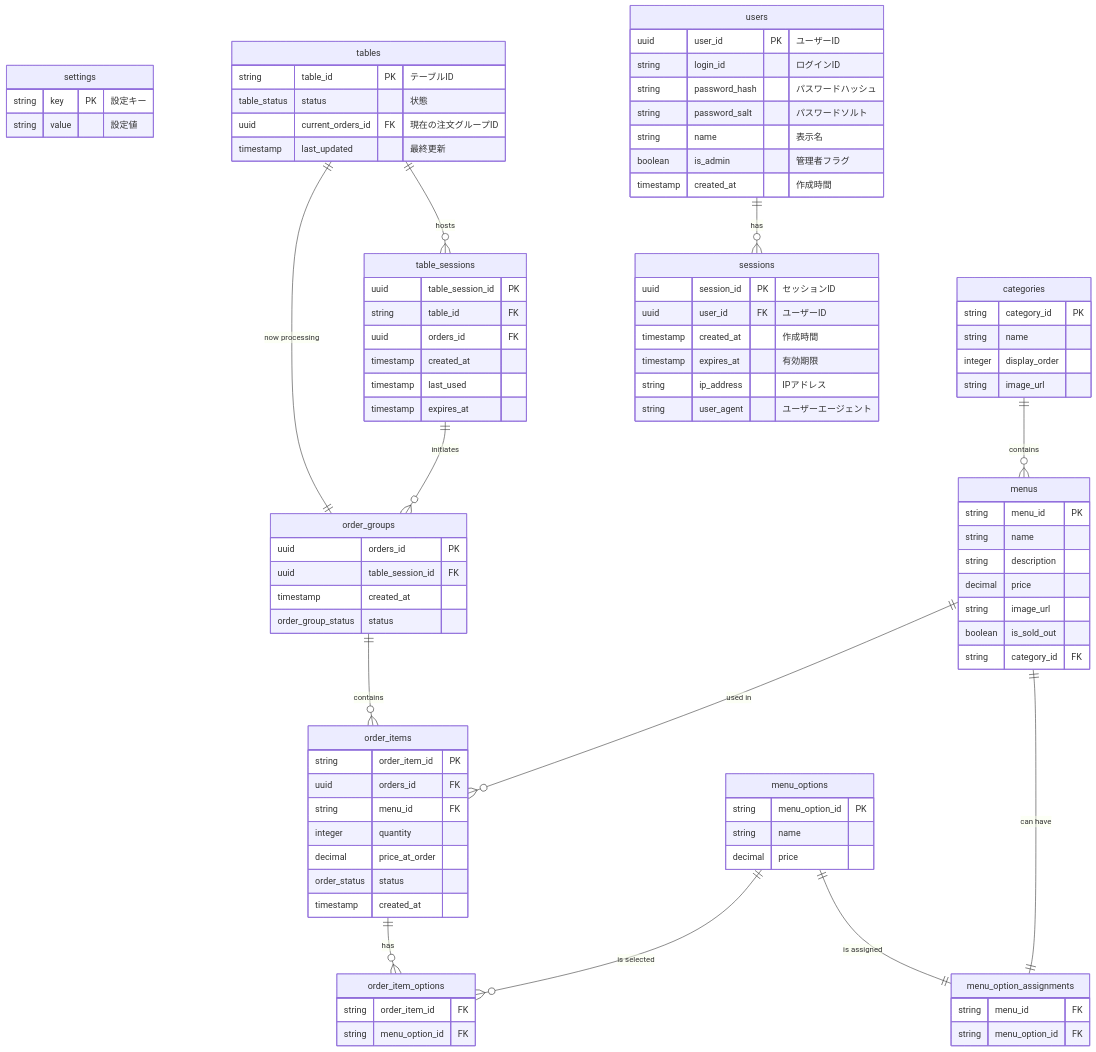
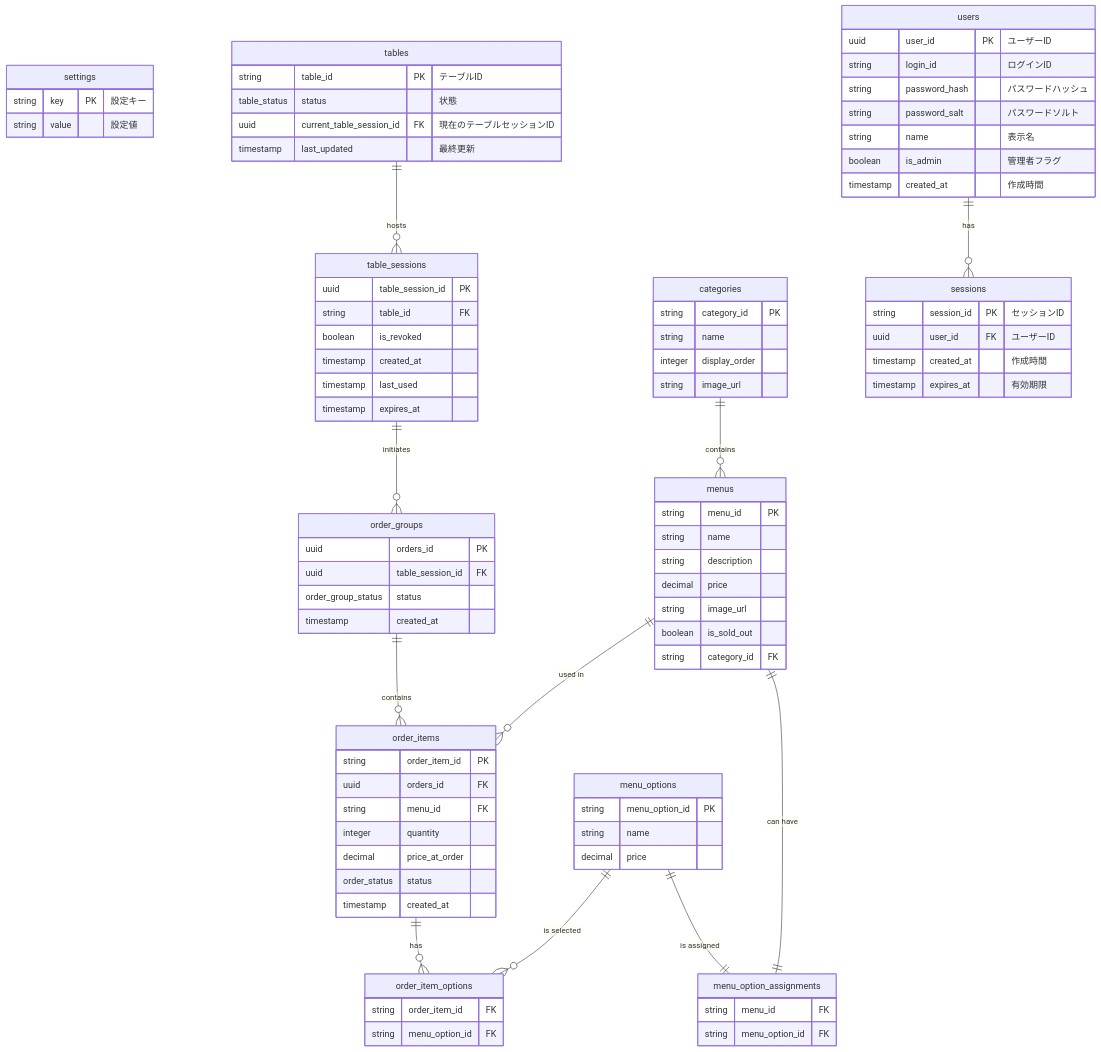
One commit to inoUwU/pinu changed the diagram in .docs/database/er_diagram.md. Above: the diagram before and after it, drawn with Mermaid. The commit also changed other lines of this file and 1 other file, not shown here.

````diff
--- a/.docs/database/er_diagram.md
+++ b/.docs/database/er_diagram.md
@@ -20,14 +20,14 @@
     tables {
         string table_id PK "テーブルID"
         table_status status "状態"
-        uuid current_orders_id FK "現在の注文グループID"
+        uuid current_table_session_id FK "現在のテーブルセッションID"
         timestamp last_updated "最終更新"
     }
 
     table_sessions {
         uuid table_session_id PK
         string table_id FK
-        uuid orders_id FK
+        boolean is_revoked
         timestamp created_at
         timestamp last_used
         timestamp expires_at
@@ -36,8 +36,8 @@
     order_groups {
         uuid orders_id PK
         uuid table_session_id FK
+        order_group_status status
         timestamp created_at
-        order_group_status status
     }
 
     order_items {
@@ -84,12 +84,10 @@
     }
 
     sessions {
-        uuid session_id PK "セッションID"
+        string session_id PK "セッションID"
         uuid user_id FK "ユーザーID"
         timestamp created_at "作成時間"
         timestamp expires_at "有効期限"
-        string ip_address "IPアドレス"
-        string user_agent "ユーザーエージェント"
     }
 
     categories ||--o{ menus : "contains"
@@ -101,6 +99,5 @@
     tables ||--o{ table_sessions : "hosts"
     table_sessions ||--o{ order_groups : "initiates"
     order_groups ||--o{ order_items : "contains"
-    tables ||--|| order_groups : "now processing"
     users ||--o{ sessions : "has"
 ```
````
